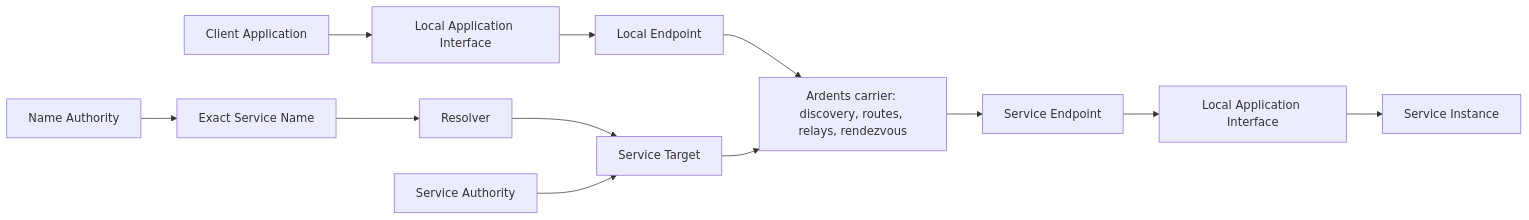
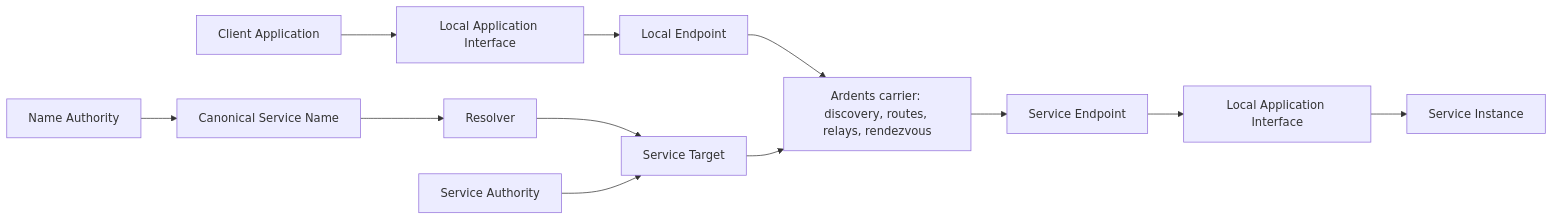
Before and after one commit to dianabuilds/ardents-network: the diagram in docs/product/functional-map.md, drawn with Mermaid. The commit also changed other lines of this file and 6 other files, not shown here.

Commit message:
docs: define canonical service namespace

````diff
--- a/docs/product/functional-map.md
+++ b/docs/product/functional-map.md
@@ -16,14 +16,14 @@
 ```mermaid
 flowchart LR
     CA["Client Application"] --> AI1["Local Application Interface"]
     AI1 --> LE1["Local Endpoint"]
     LE1 --> N["Ardents carrier: discovery, routes, relays, rendezvous"]
     N --> LE2["Service Endpoint"]
     LE2 --> AI2["Local Application Interface"]
     AI2 --> SI["Service Instance"]
-    NA["Name Authority"] --> SN["Exact Service Name"]
+    NA["Name Authority"] --> SN["Canonical Service Name"]
     SN --> R["Resolver"]
     R --> ST["Service Target"]
     SA["Service Authority"] --> ST
     ST --> N
 ```
````
